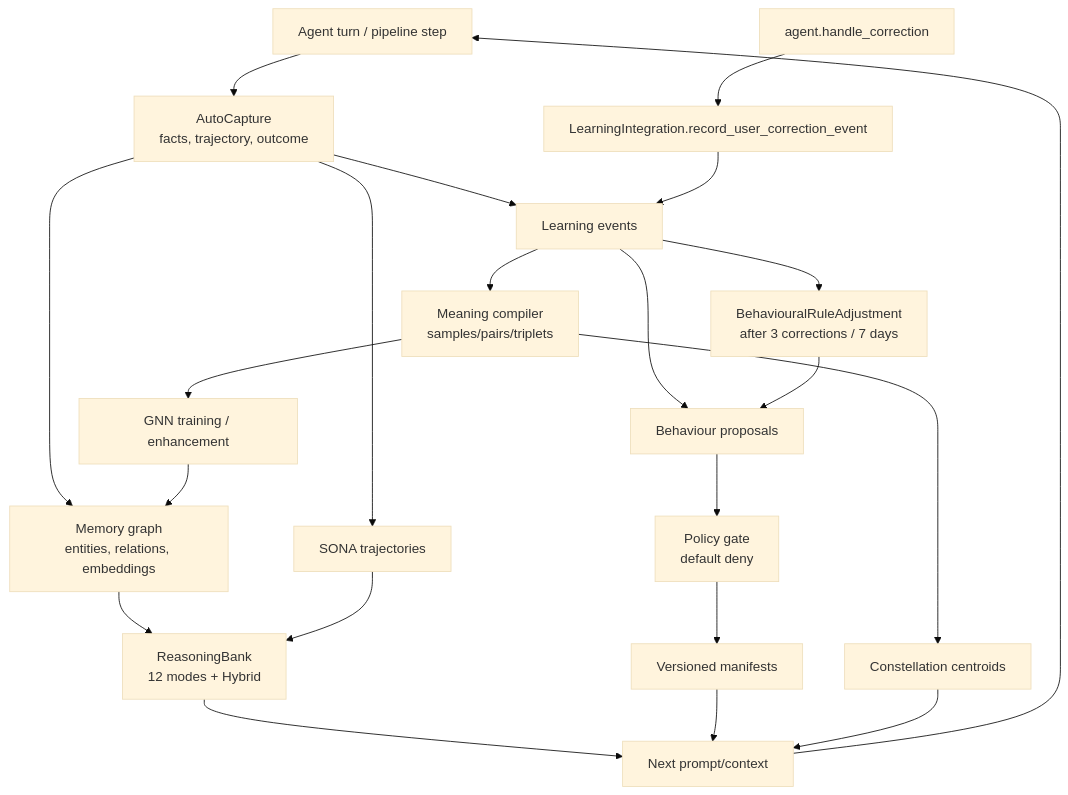
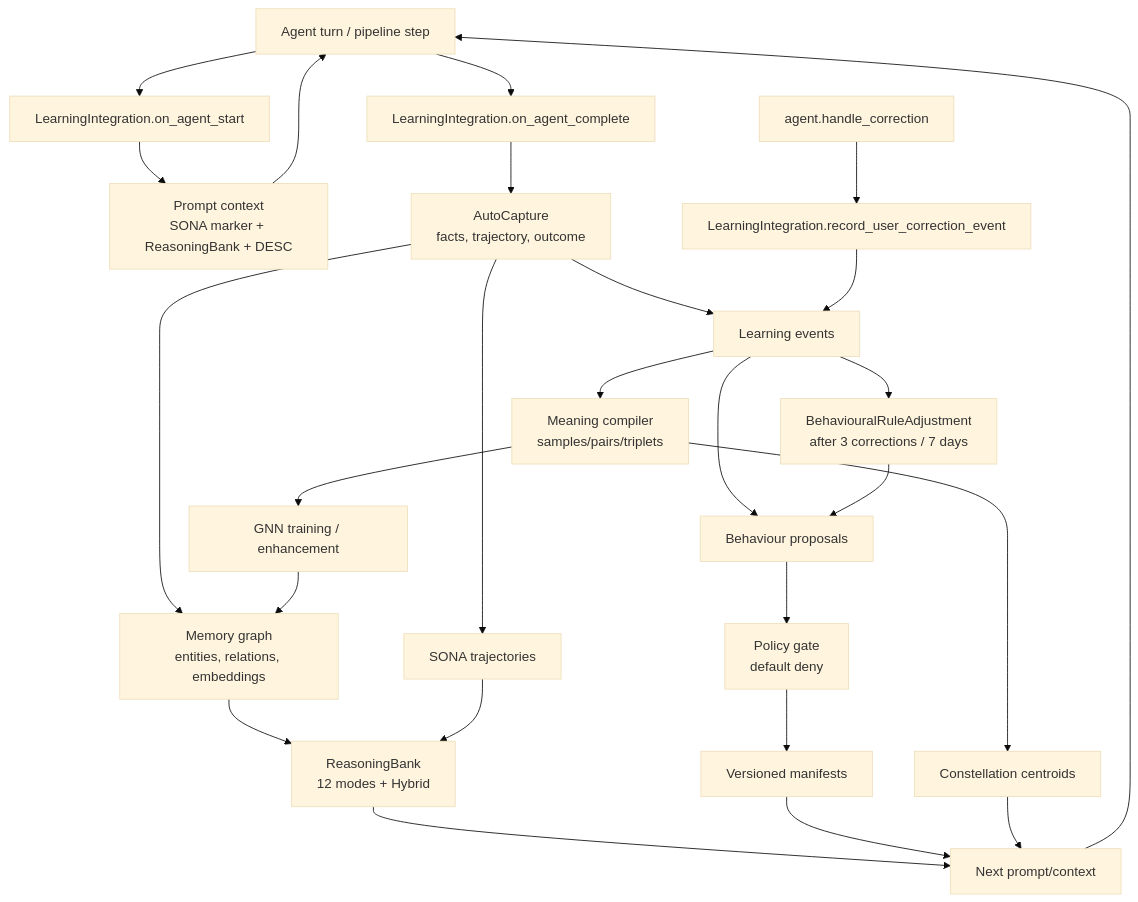
Before and after one commit to ste-bah/archon-cli: the second of 3 diagrams in docs/architecture/learning-systems.md, drawn with Mermaid (base theme). The commit also changed other lines of this file and 31 other files, not shown here.

````diff
--- a/docs/architecture/learning-systems.md
+++ b/docs/architecture/learning-systems.md
@@ -37,26 +63,30 @@
 ```mermaid
 flowchart TB
-    TURN["Agent turn / pipeline step"] --> CAPTURE["AutoCapture<br/>facts, trajectory, outcome"]
+    TURN["Agent turn / pipeline step"] --> START["LearningIntegration.on_agent_start"]
+    START --> PROMPT["Prompt context<br/>SONA marker + ReasoningBank + DESC"]
+    PROMPT --> TURN
+    TURN --> COMPLETE["LearningIntegration.on_agent_complete"]
+    COMPLETE --> CAPTURE["AutoCapture<br/>facts, trajectory, outcome"]
     CAPTURE --> MEMORY["Memory graph<br/>entities, relations, embeddings"]
     CAPTURE --> SONA2["SONA trajectories"]
     MEMORY --> RB2["ReasoningBank<br/>12 modes + Hybrid"]
     SONA2 --> RB2
     RB2 --> NEXT["Next prompt/context"]
     NEXT --> TURN
 
     CAPTURE --> EVENTS["Learning events"]
     EVENTS --> PROPOSALS["Behaviour proposals"]
     PROPOSALS --> POLICY["Policy gate<br/>default deny"]
     POLICY --> MANIFESTS["Versioned manifests"]
     MANIFESTS --> NEXT
     EVENTS --> MEANING["Meaning compiler<br/>samples/pairs/triplets"]
     MEANING --> GNN2["GNN training / enhancement"]
     GNN2 --> MEMORY
     MEANING --> CONST["Constellation centroids"]
     CONST --> NEXT
 
     CORR["agent.handle_correction"] --> REC["LearningIntegration.record_user_correction_event"]
     REC --> EVENTS
     EVENTS --> UC["BehaviouralRuleAdjustment<br/>after 3 corrections / 7 days"]
     UC --> PROPOSALS
 ```
````
